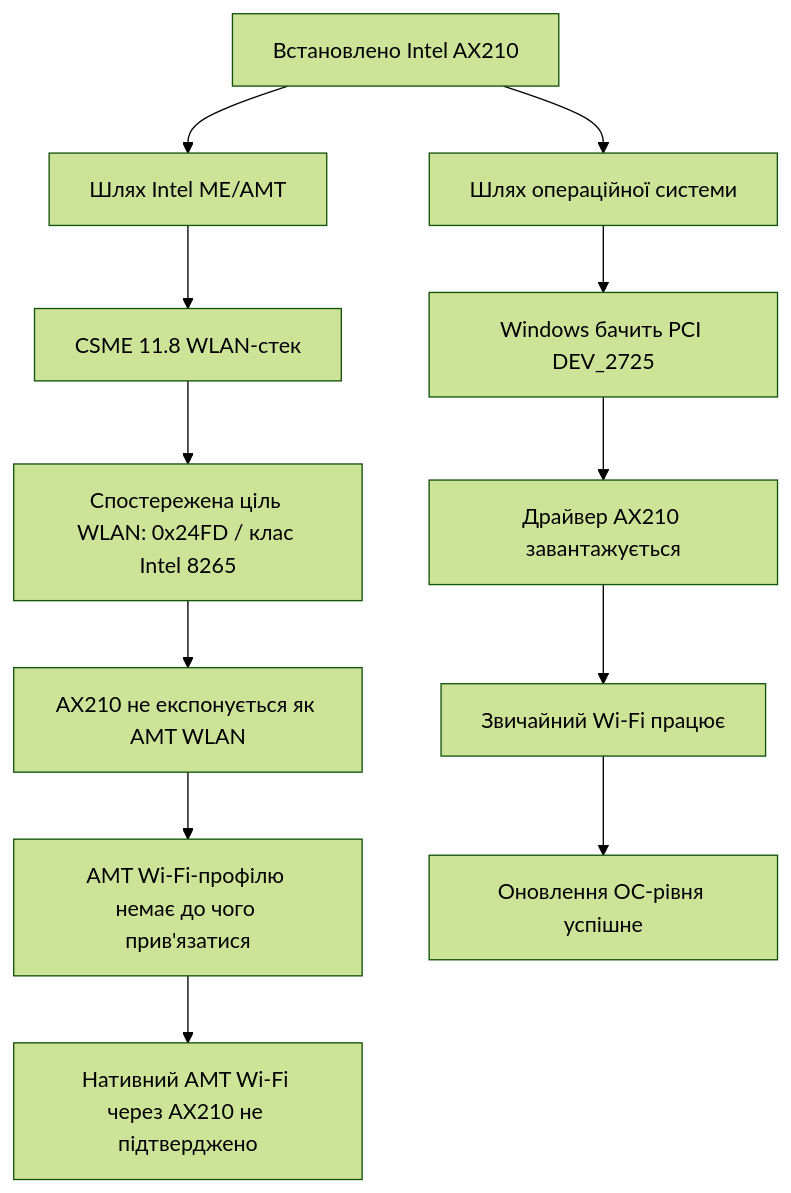
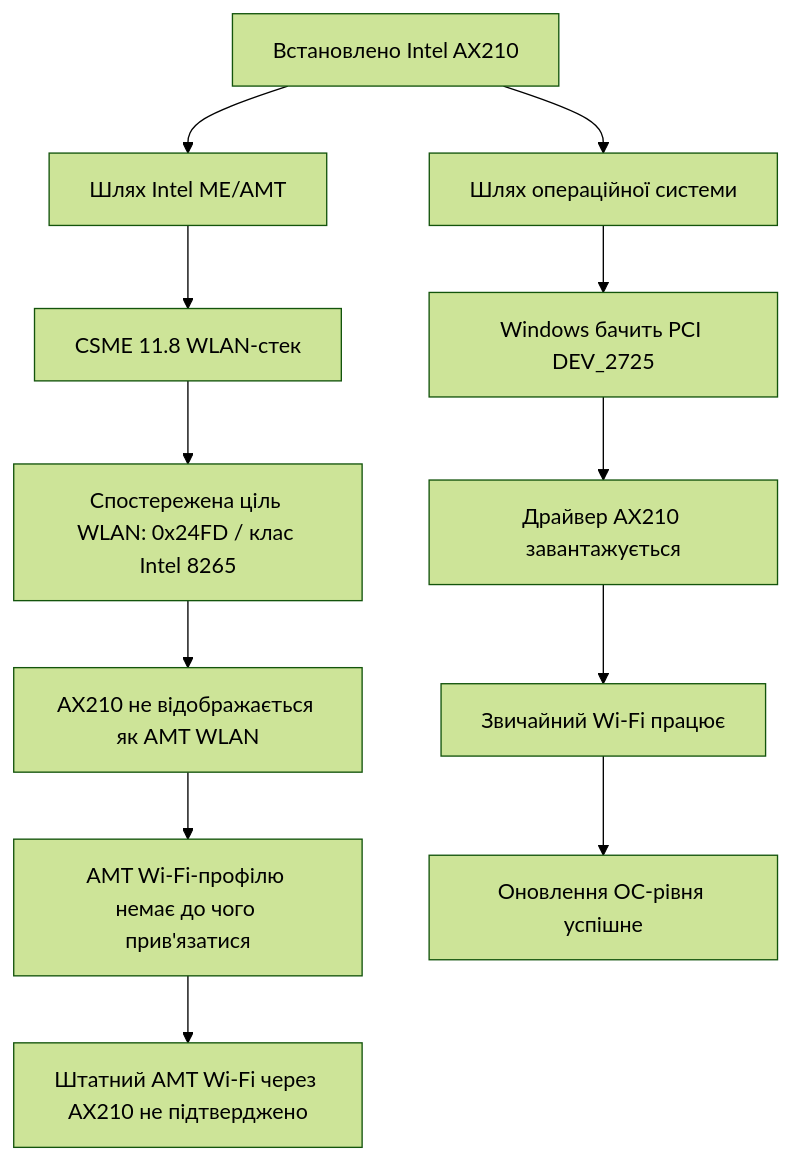
Before and after one commit to Tarasevych/hp-elitebook-840-g5-ax210-amt-wifi-compatibility-Ukrainian: the first of 4 diagrams in README.md, drawn with Mermaid (forest theme). The commit also changed other lines of this file and 22 other files, not shown here.

````diff
--- a/README.md
+++ b/README.md
@@ -48,17 +48,17 @@
 ```mermaid
 flowchart TB
     A["Встановлено Intel AX210"] --> B["Шлях операційної системи"]
     A --> C["Шлях Intel ME/AMT"]
 
     B --> D["Windows бачить PCI DEV_2725"]
     D --> E["Драйвер AX210 завантажується"]
     E --> F["Звичайний Wi-Fi працює"]
 
     C --> G["CSME 11.8 WLAN-стек"]
     G --> H["Спостережена ціль WLAN: 0x24FD / клас Intel 8265"]
-    H --> I["AX210 не експонується як AMT WLAN"]
+    H --> I["AX210 не відображається як AMT WLAN"]
     I --> J["AMT Wi-Fi-профілю немає до чого прив'язатися"]
 
     F --> K["Оновлення ОС-рівня успішне"]
-    J --> L["Нативний AMT Wi-Fi через AX210 не підтверджено"]
+    J --> L["Штатний AMT Wi-Fi через AX210 не підтверджено"]
 ```
````
